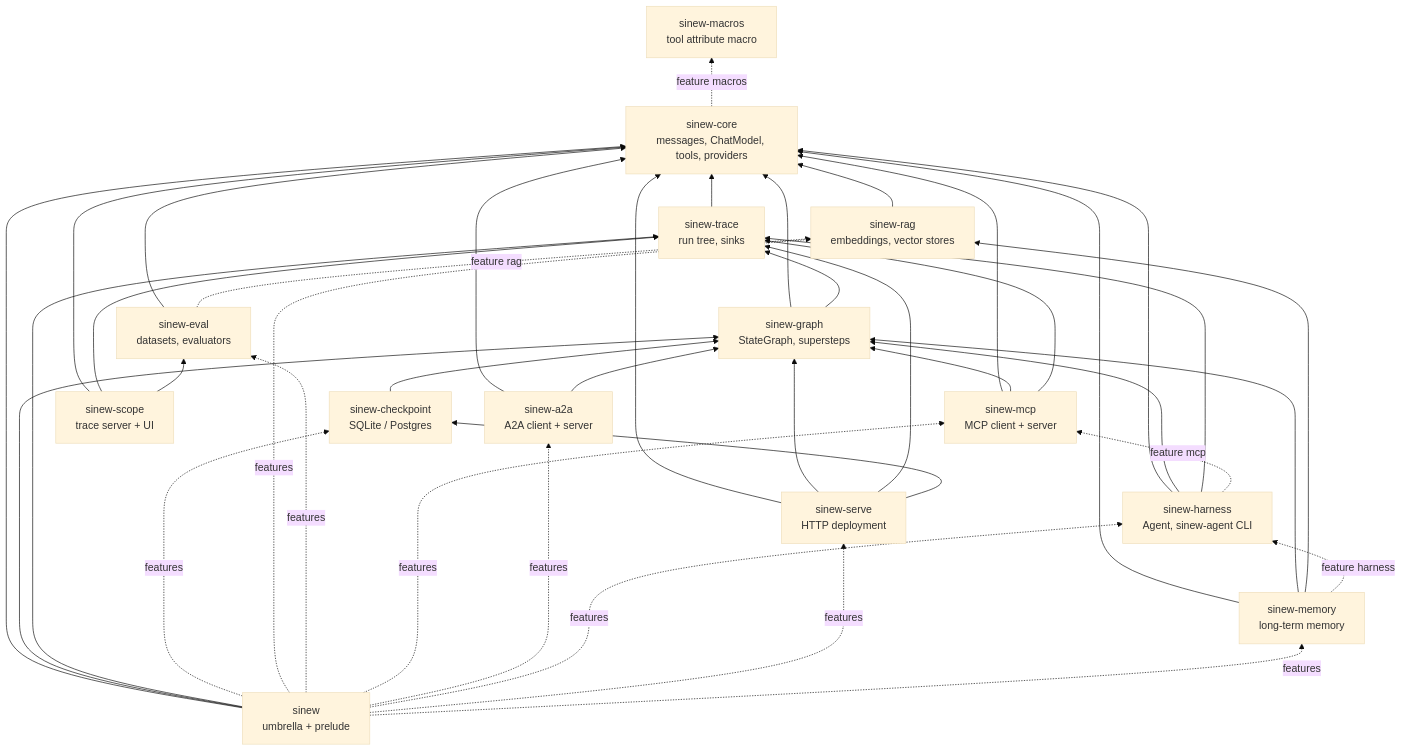
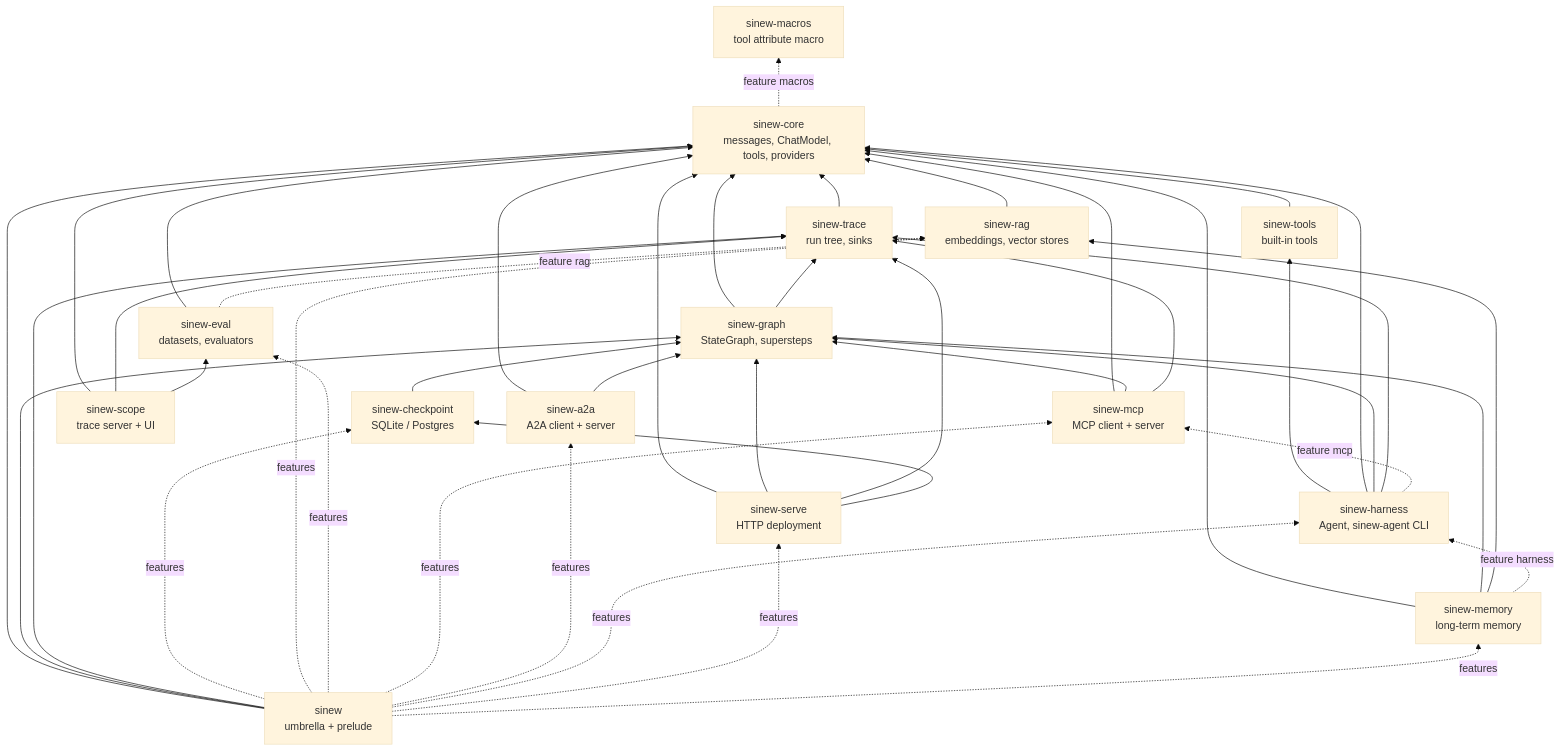
The first of 2 diagrams in docs/architecture.md (roanbrasil/sinew), drawn with Mermaid (base theme) before and after one commit. The commit also changed other lines of this file and 33 other files, not shown here.

First line of the commit message:
Add sinew-tools: built-in tool library with SSRF guard

````diff
--- a/docs/architecture.md
+++ b/docs/architecture.md
@@ -14,57 +14,60 @@
 ```mermaid
 flowchart BT
     n_macros["sinew-macros<br/>tool attribute macro"]
     n_core["sinew-core<br/>messages, ChatModel, tools, providers"]
     n_trace["sinew-trace<br/>run tree, sinks"]
     n_graph["sinew-graph<br/>StateGraph, supersteps"]
     n_rag["sinew-rag<br/>embeddings, vector stores"]
     n_eval["sinew-eval<br/>datasets, evaluators"]
     n_checkpoint["sinew-checkpoint<br/>SQLite / Postgres"]
     n_mcp["sinew-mcp<br/>MCP client + server"]
     n_a2a["sinew-a2a<br/>A2A client + server"]
     n_harness["sinew-harness<br/>Agent, sinew-agent CLI"]
     n_serve["sinew-serve<br/>HTTP deployment"]
     n_memory["sinew-memory<br/>long-term memory"]
+    n_tools["sinew-tools<br/>built-in tools"]
     n_scope["sinew-scope<br/>trace server + UI"]
     n_umbrella["sinew<br/>umbrella + prelude"]
 
     n_core -. feature macros .-> n_macros
     n_trace --> n_core
     n_graph --> n_core
     n_graph --> n_trace
     n_rag --> n_core
     n_eval --> n_core
     n_eval -. feature rag .-> n_rag
     n_checkpoint --> n_graph
+    n_tools --> n_core
+    n_harness --> n_tools
     n_mcp --> n_core
     n_mcp --> n_graph
     n_mcp --> n_trace
     n_a2a --> n_core
     n_a2a --> n_graph
     n_harness --> n_core
     n_harness --> n_graph
     n_harness --> n_trace
     n_harness -. feature mcp .-> n_mcp
     n_memory --> n_core
     n_memory --> n_graph
     n_memory --> n_rag
     n_memory -. feature harness .-> n_harness
     n_serve --> n_core
     n_serve --> n_graph
     n_serve --> n_trace
     n_serve --> n_checkpoint
     n_scope --> n_core
     n_scope --> n_trace
     n_scope --> n_eval
     n_umbrella --> n_core
     n_umbrella --> n_graph
     n_umbrella --> n_trace
     n_umbrella -. features .-> n_checkpoint
     n_umbrella -. features .-> n_rag
     n_umbrella -. features .-> n_eval
     n_umbrella -. features .-> n_mcp
     n_umbrella -. features .-> n_a2a
     n_umbrella -. features .-> n_harness
     n_umbrella -. features .-> n_serve
     n_umbrella -. features .-> n_memory
 ```
````
